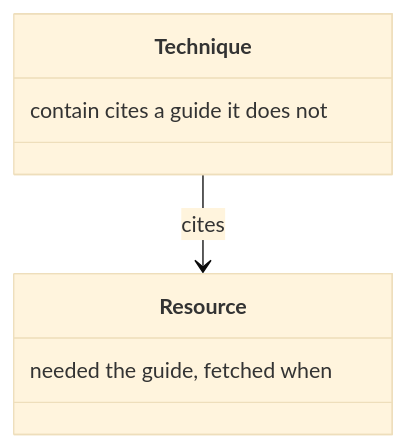
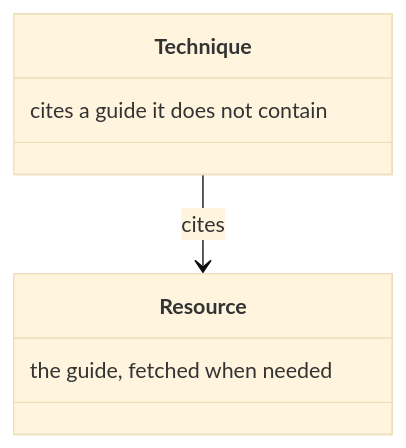
Diagram 14 of 20 in docs/architecture.md (m2ux/workflow-server), drawn with Mermaid (base theme) before and after one commit. The commit also changed other lines of this file and 10 other files, not shown here.

Commit message:
Write each class-box note in reading order so the diagram shows the phrase as written.

````diff
--- a/docs/architecture.md
+++ b/docs/architecture.md
@@ -193,10 +193,10 @@
 ```mermaid
 classDiagram
   class Technique {
-    contain cites a guide it does not
+    cites a guide it does not contain
   }
   class Resource {
-    needed the guide, fetched when
+    the guide, fetched when needed
   }
   Technique --> Resource : cites
 ```
````
